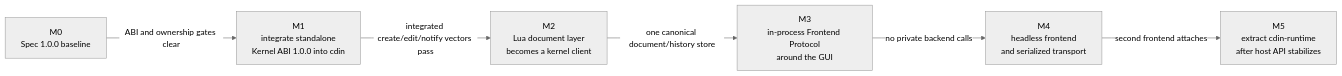
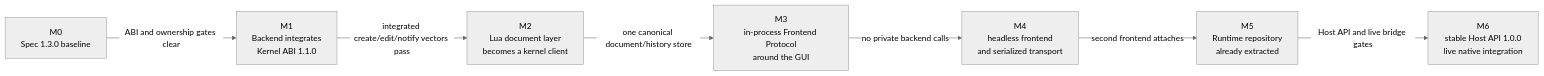
One commit to cdin-editor/spec changed the diagram in docs/architecture/migration.md. Above: the diagram before and after it, drawn with Mermaid (neutral theme). The commit also changed other lines of this file and 16 other files, not shown here.

First line of the commit message:
docs(spec): consolidate Runtime v1 and Host API 1.0.0 into Spec 1.3.0

````diff
--- a/docs/architecture/migration.md
+++ b/docs/architecture/migration.md
@@ -42,14 +42,16 @@
 ```mermaid
 flowchart LR
-    M0["M0<br/>Spec 1.0.0 baseline"]
-    M1["M1<br/>integrate standalone<br/>Kernel ABI 1.0.0 into cdin"]
+    M0["M0<br/>Spec 1.3.0 baseline"]
+    M1["M1<br/>Backend integrates<br/>Kernel ABI 1.1.0"]
     M2["M2<br/>Lua document layer<br/>becomes a kernel client"]
     M3["M3<br/>in-process Frontend Protocol<br/>around the GUI"]
     M4["M4<br/>headless frontend<br/>and serialized transport"]
-    M5["M5<br/>extract cdin-runtime<br/>after host API stabilizes"]
+    M5["M5<br/>Runtime repository<br/>already extracted"]
+    M6["M6<br/>stable Host API 1.0.0<br/>live native integration"]
     M0 -- "ABI and ownership gates clear" --> M1
     M1 -- "integrated create/edit/notify vectors pass" --> M2
     M2 -- "one canonical document/history store" --> M3
     M3 -- "no private backend calls" --> M4
     M4 -- "second frontend attaches" --> M5
+    M5 -- "Host API and live bridge gates" --> M6
 ```
````
